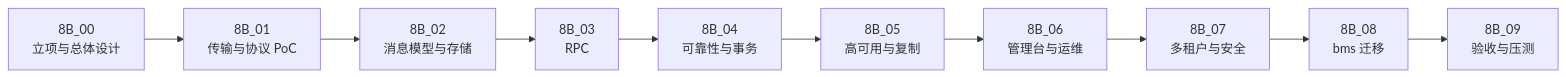
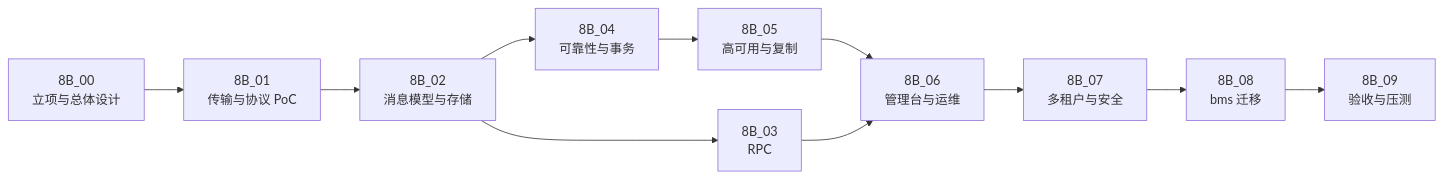
One commit to minjian123/message-platform changed the diagram in msg文档/规划/01_规划_消息平台.md. Above: the diagram before and after it, drawn with Mermaid. The commit also changed other lines of this file, not shown here.

````diff
--- a/msg文档/规划/01_规划_消息平台.md
+++ b/msg文档/规划/01_规划_消息平台.md
@@ -45,12 +107,13 @@
 ```mermaid
 flowchart LR
     A["8B_00<br/>立项与总体设计"] --> B["8B_01<br/>传输与协议 PoC"]
     B --> C["8B_02<br/>消息模型与存储"]
     C --> D["8B_03<br/>RPC"]
-    D --> E["8B_04<br/>可靠性与事务"]
+    C --> E["8B_04<br/>可靠性与事务"]
     E --> F["8B_05<br/>高可用与复制"]
     F --> G["8B_06<br/>管理台与运维"]
+    D --> G
     G --> H["8B_07<br/>多租户与安全"]
     H --> I["8B_08<br/>bms 迁移"]
     I --> J["8B_09<br/>验收与压测"]
 ```
````
